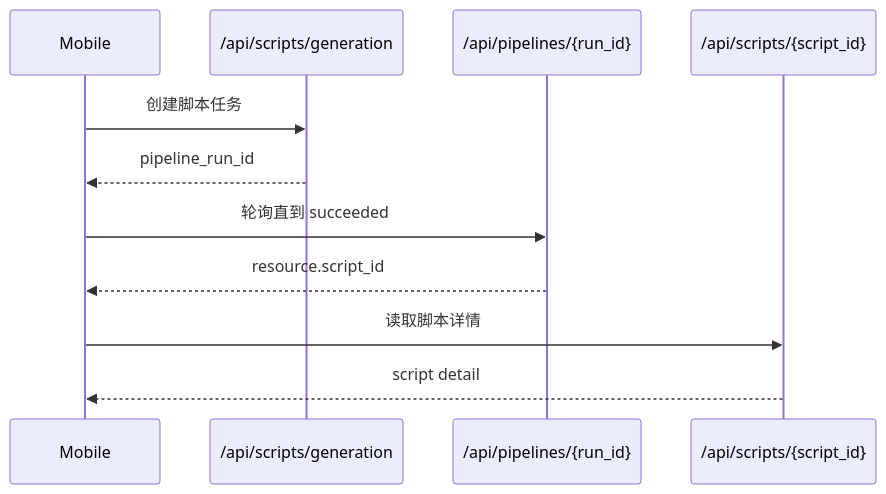
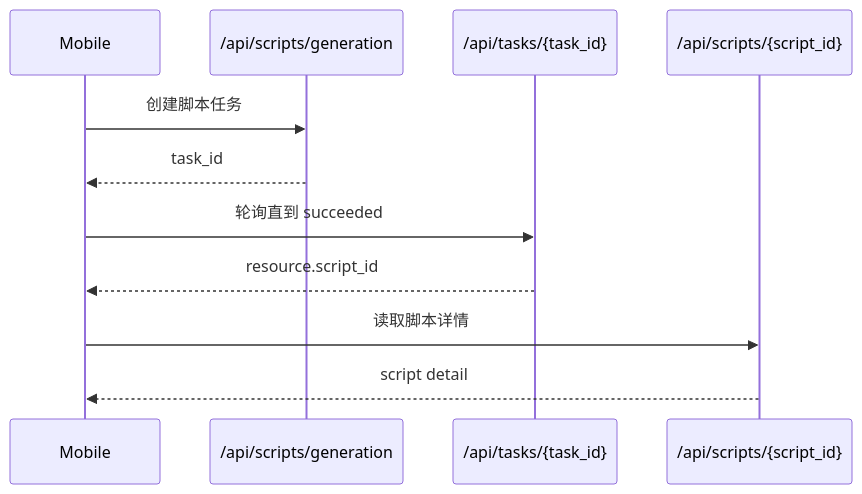
One commit to YCZA2/SparkFlow changed the eighth of 10 diagrams in memory-bank/architecture.md. Above: the diagram before and after it, drawn with Mermaid. The commit also changed other lines of this file and 68 other files, not shown here.

First line of the commit message:
refactor: 将 pipeline 重命名为 task，保留兼容层

````diff
--- a/memory-bank/architecture.md
+++ b/memory-bank/architecture.md
@@ -546,15 +548,15 @@
 ```mermaid
 sequenceDiagram
     participant App as Mobile
     participant API as /api/scripts/generation
     participant API as /api/scripts/generation
-    participant PIPE as /api/pipelines/{run_id}
+    participant PIPE as /api/tasks/{task_id}
     participant SCRIPT as /api/scripts/{script_id}
 
     App->>API: 创建脚本任务
-    API-->>App: pipeline_run_id
+    API-->>App: task_id
     App->>PIPE: 轮询直到 succeeded
     PIPE-->>App: resource.script_id
     App->>SCRIPT: 读取脚本详情
     SCRIPT-->>App: script detail
 ```
````
